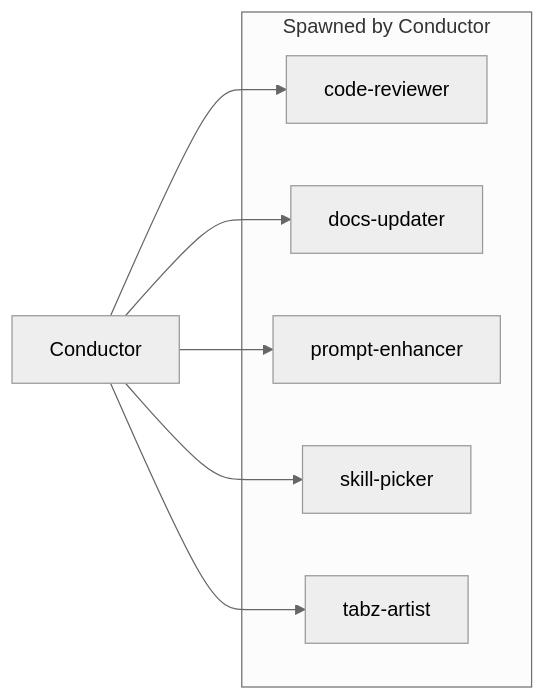
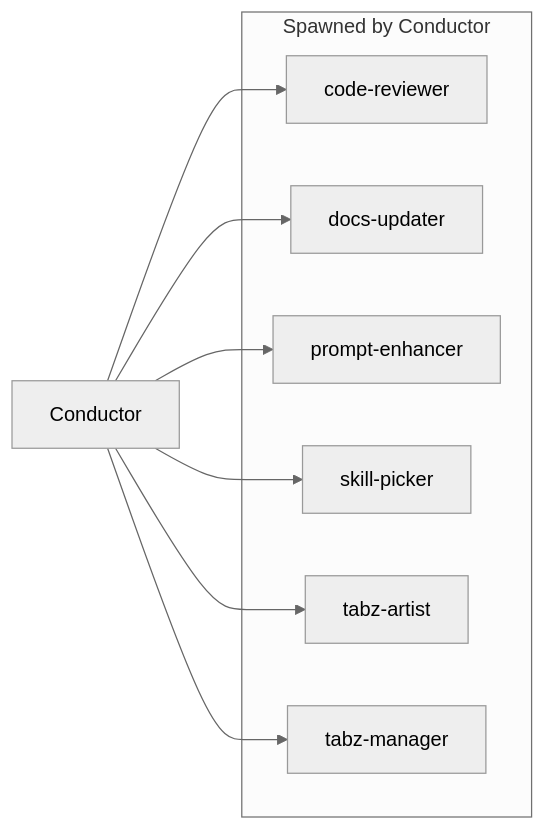
One commit to GGPrompts/TabzBeads changed the sixth of 6 diagrams in plugins/conductor/ARCHITECTURE.md. Above: the diagram before and after it, drawn with Mermaid (neutral theme). The commit also changed other lines of this file and 12 other files, not shown here.

First line of the commit message:
refactor(conductor): merge tabz plugin into conductor for visual QA

````diff
--- a/plugins/conductor/ARCHITECTURE.md
+++ b/plugins/conductor/ARCHITECTURE.md
@@ -199,18 +199,20 @@
 ```mermaid
 flowchart LR
     subgraph "Spawned by Conductor"
         AG1["code-reviewer"]
         AG2["docs-updater"]
         AG3["prompt-enhancer"]
         AG4["skill-picker"]
         AG5["tabz-artist"]
+        AG6["tabz-manager"]
     end
 
-    conductor["Conductor"] --> AG1 & AG2 & AG3 & AG4 & AG5
+    conductor["Conductor"] --> AG1 & AG2 & AG3 & AG4 & AG5 & AG6
 
     click AG1 "agents/code-reviewer.md"
     click AG2 "agents/docs-updater.md"
     click AG3 "agents/prompt-enhancer.md"
     click AG4 "agents/skill-picker.md"
     click AG5 "agents/tabz-artist.md"
+    click AG6 "agents/tabz-manager.md"
 ```
````
